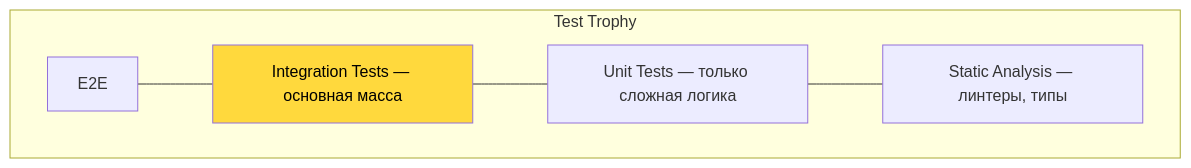
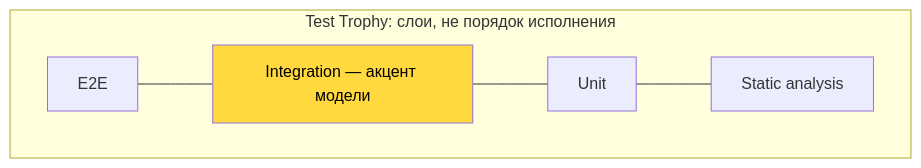
The fourth of 13 diagrams in cheatsheets/interview/testing/test-strategies-interview.md (akeverus/cheat-sheet), drawn with Mermaid before and after one commit. The commit also changed other lines of this file and 15 other files, not shown here.

````diff
--- a/cheatsheets/interview/testing/test-strategies-interview.md
+++ b/cheatsheets/interview/testing/test-strategies-interview.md
@@ -225,13 +226,13 @@
 ```mermaid
 graph TB
-    subgraph "Test Trophy"
+    subgraph "Test Trophy: слои, не порядок исполнения"
         E2E2["E2E"]
-        INT2["Integration Tests — основная масса"]
-        UNIT2["Unit Tests — только сложная логика"]
-        STATIC["Static Analysis — линтеры, типы"]
+        INT2["Integration — акцент модели"]
+        UNIT2["Unit"]
+        STATIC["Static analysis"]
+        E2E2 --- INT2
+        INT2 --- UNIT2
+        UNIT2 --- STATIC
     end
-    E2E2 --- INT2
-    INT2 --- UNIT2
-    UNIT2 --- STATIC
     style INT2 fill:#ffd93d,color:#000
 ```
````
